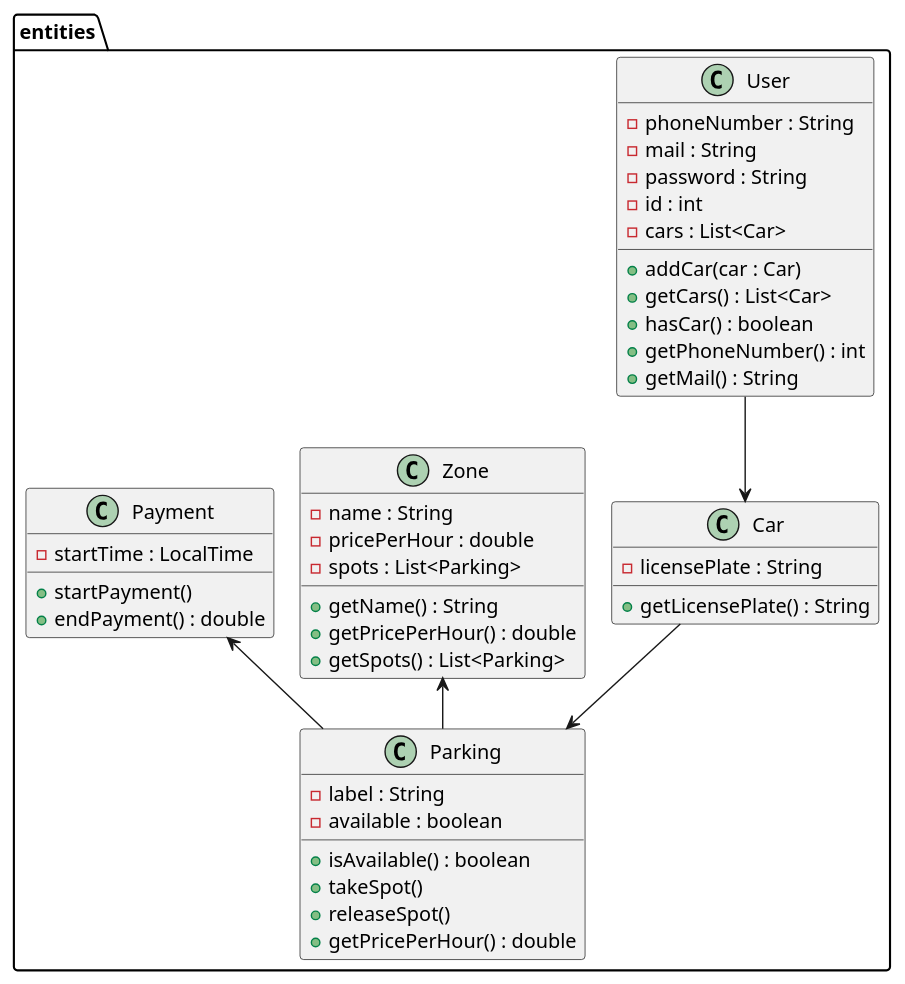
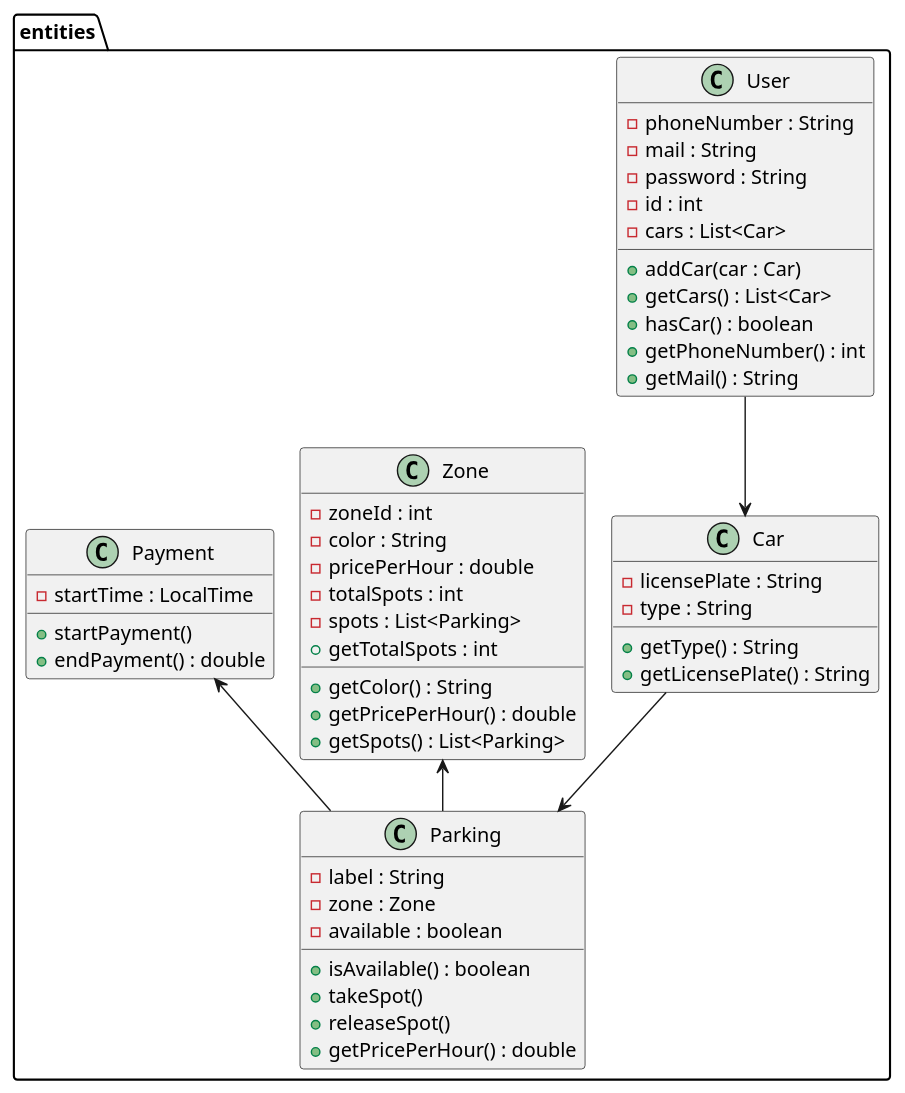
The diagram in doc/Klassediagramv3.puml (Hanibans/PetProject-ParkingApp), drawn with PlantUML before and after one commit.

Commit message:
klassediagramv3 entites update

```diff
--- a/doc/Klassediagramv3.puml
+++ b/doc/Klassediagramv3.puml
@@ -1,55 +1,62 @@
 @startuml
 !pragma layout smetana
 
 package entities {
 
   class User {
     - phoneNumber : String
     - mail : String
     - password : String
     - id : int
     - cars : List<Car>
     + addCar(car : Car)
     + getCars() : List<Car>
     + hasCar() : boolean
     + getPhoneNumber() : int
     + getMail() : String
   }
 
   class Car {
     - licensePlate : String
+    - type : String
+    + getType() : String
     + getLicensePlate() : String
   }
 
   class Zone {
-    - name : String
+    - zoneId : int
+    - color : String
     - pricePerHour : double
+    - totalSpots : int
     - spots : List<Parking>
-    + getName() : String
+    + getColor() : String
     + getPricePerHour() : double
+    + getTotalSpots : int
     + getSpots() : List<Parking>
+
   }
 
   class Parking {
     - label : String
+    - zone : Zone
     - available : boolean
     + isAvailable() : boolean
     + takeSpot()
     + releaseSpot()
     + getPricePerHour() : double
   }
 
   class Payment {
     - startTime : LocalTime
     + startPayment()
     + endPayment() : double
   }
 }
 
 
 User --> Car
 Car --> Parking
 Zone <-- Parking
 Payment <-- Parking
 
 @enduml
```
